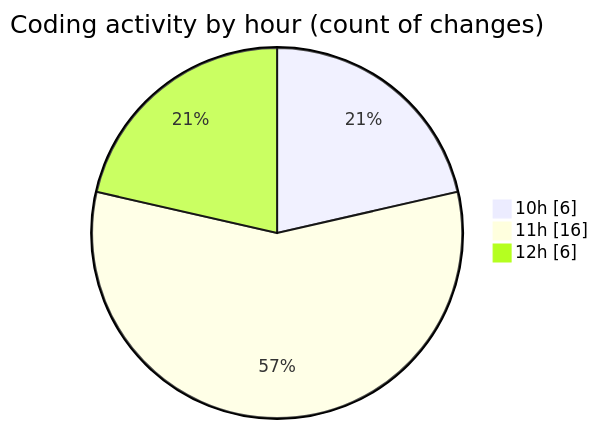
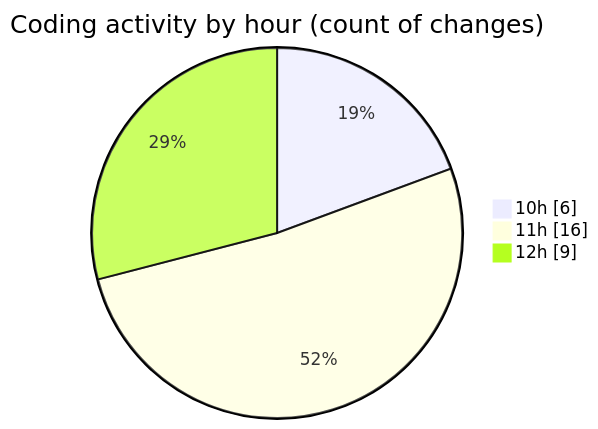
One commit to momahboobian/code-tracking changed the second of 2 diagrams in 2025-09-08/cda/README.md. Above: the diagram before and after it, drawn with Mermaid. The commit also changed other lines of this file and 1 other file, not shown here.

````diff
--- a/2025-09-08/cda/README.md
+++ b/2025-09-08/cda/README.md
@@ -32,7 +32,7 @@
 ```mermaid
 pie showData
 title Coding activity by hour (count of changes)
 "10h" : 6
 "11h" : 16
-"12h" : 6
+"12h" : 9
 ```
````
